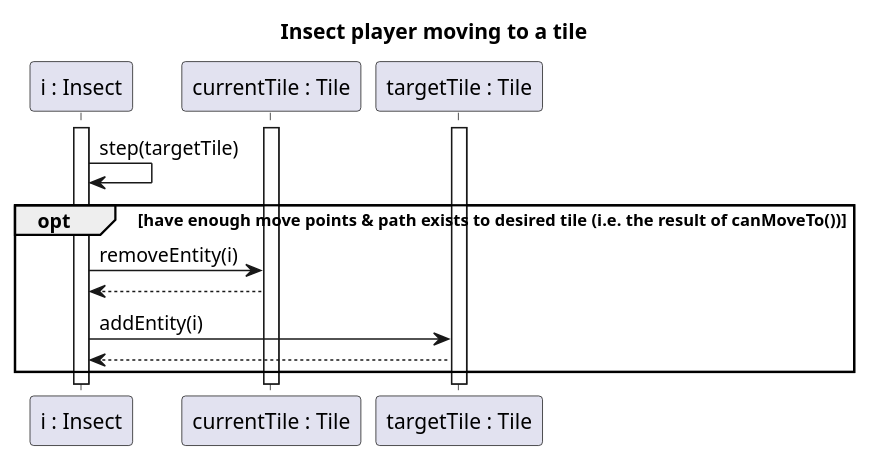
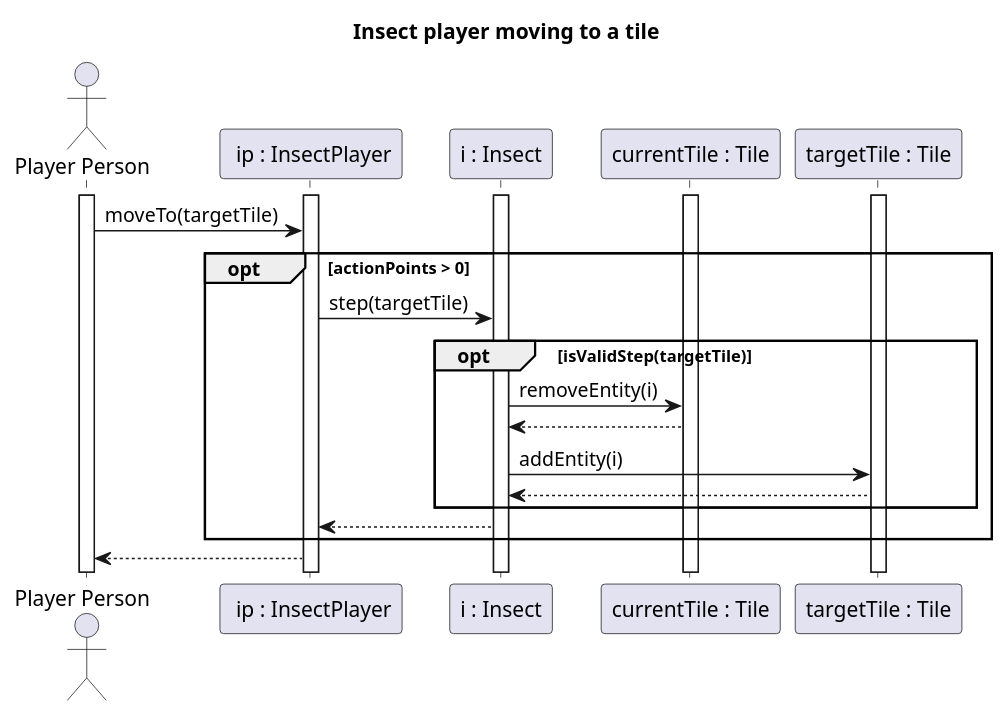
Before and after one commit to Harcipan/Projlab_nullpointerexception: the diagram in diagrams/diagramFiles/SQ_InsectMoving.puml, drawn with PlantUML.

Commit message:
changed SQ_InsectMoving.puml: 	Added Actor: Player Person 	Cleaned up opt conditions

```diff
--- a/diagrams/diagramFiles/SQ_InsectMoving.puml
+++ b/diagrams/diagramFiles/SQ_InsectMoving.puml
@@ -1,24 +1,33 @@
 @startuml Insect moving
 
 title Insect player moving to a tile
 
+actor "Player Person" as PP
+participant " ip : InsectPlayer" as IP
 participant "i : Insect" as I
 participant "currentTile : Tile" as Tx
 participant "targetTile : Tile" as Ty
 
+activate PP
 activate I
 activate Tx
 activate Ty
+activate IP
 
 'tell don't ask... 
-I -> I : step(targetTile)
-opt  have enough move points & path exists to desired tile (i.e. the result of canMoveTo())
+PP -> IP : moveTo(targetTile)
+opt actionPoints > 0
+IP -> I : step(targetTile)
+opt isValidStep(targetTile)
 I -> Tx : removeEntity(i)
 Tx --> I
 I -> Ty : addEntity(i)
 Ty --> I
 end
+I --> IP 
+end
 
+IP --> PP
 
 
 @enduml
```
